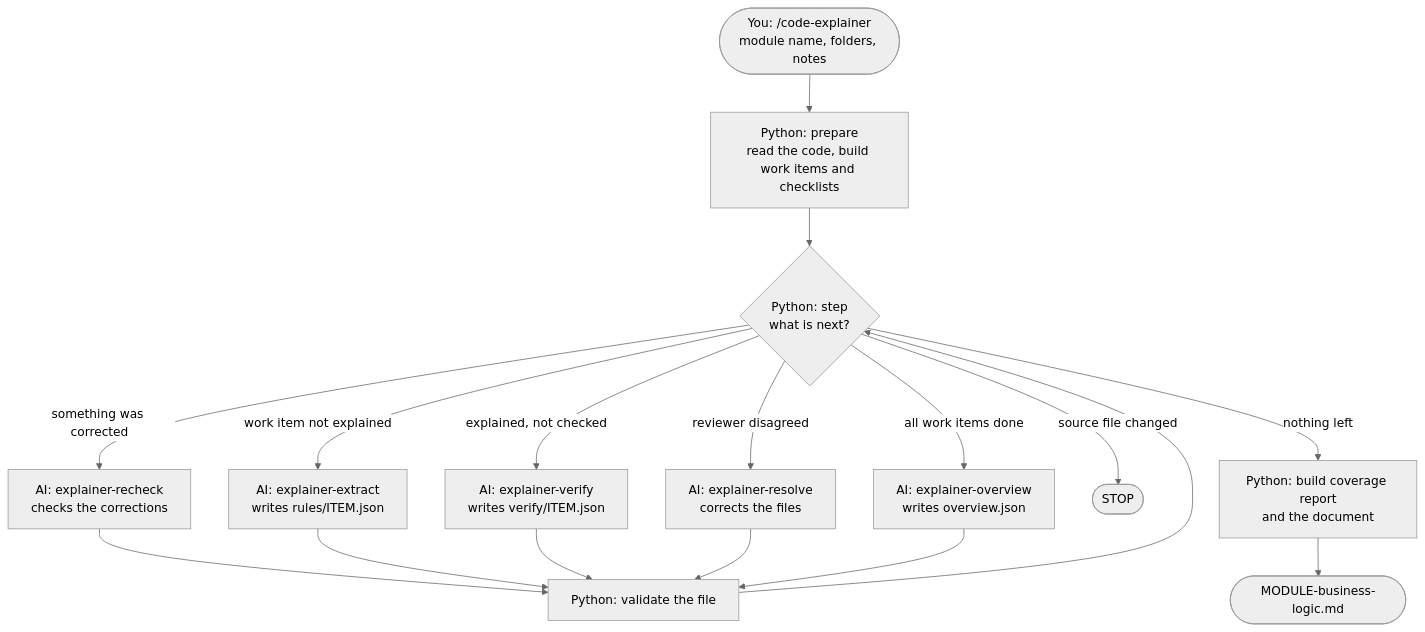
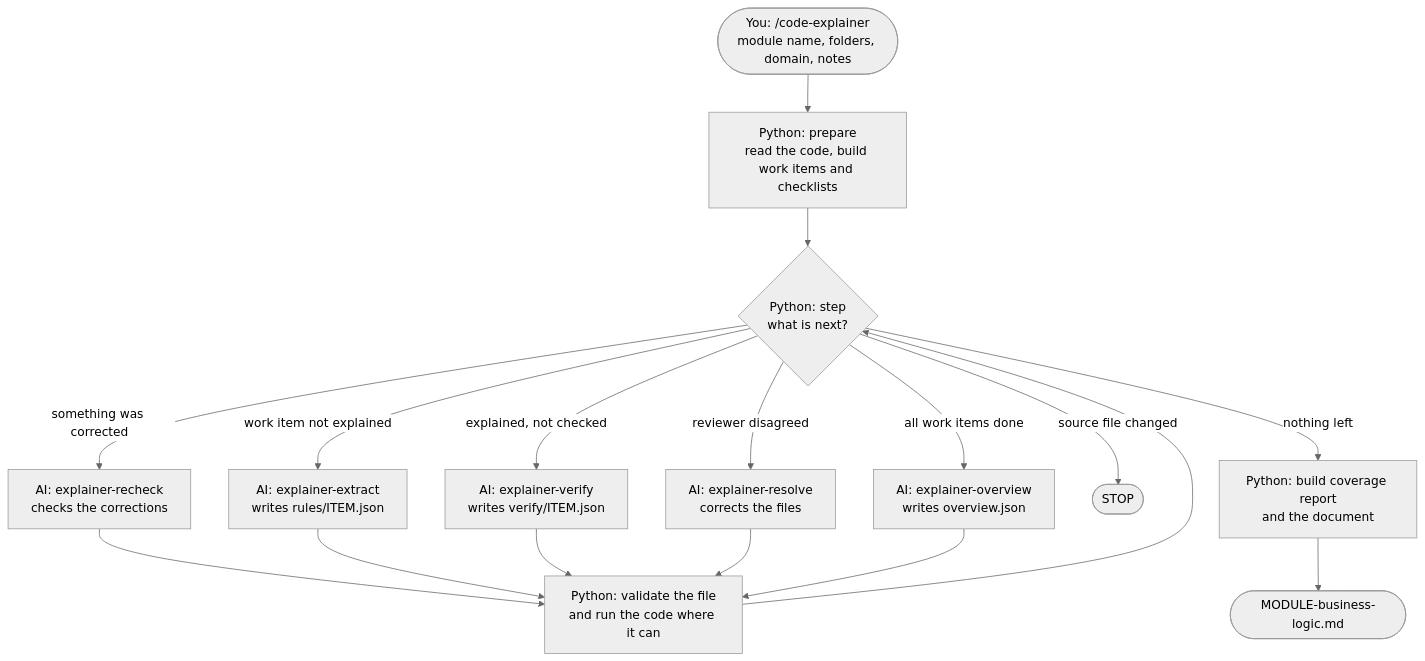
Before and after one commit to kampillichiru/code-explainer: the diagram in .github/HOW-IT-WORKS.md, drawn with Mermaid (neutral theme). The commit also changed other lines of this file and 35 other files, not shown here.

````diff
--- a/.github/HOW-IT-WORKS.md
+++ b/.github/HOW-IT-WORKS.md
@@ -27,19 +230,19 @@
 ```mermaid
 flowchart TD
-    A(["You: /code-explainer<br/>module name, folders, notes"]) --> B["Python: prepare<br/>read the code, build work items and checklists"]
+    A(["You: /code-explainer<br/>module name, folders, domain, notes"]) --> B["Python: prepare<br/>read the code, build work items and checklists"]
     B --> C{"Python: step<br/>what is next?"}
     C -->|"work item not explained"| D["AI: explainer-extract<br/>writes rules/ITEM.json"]
     C -->|"explained, not checked"| E["AI: explainer-verify<br/>writes verify/ITEM.json"]
     C -->|"reviewer disagreed"| F["AI: explainer-resolve<br/>corrects the files"]
     C -->|"something was corrected"| R["AI: explainer-recheck<br/>checks the corrections"]
     R --> V
     C -->|"all work items done"| G["AI: explainer-overview<br/>writes overview.json"]
-    D --> V["Python: validate the file"]
+    D --> V["Python: validate the file<br/>and run the code where it can"]
     E --> V
     F --> V
     G --> V
     V --> C
     C -->|"source file changed"| S(["STOP"])
     C -->|"nothing left"| H["Python: build coverage report<br/>and the document"]
     H --> I(["MODULE-business-logic.md"])
 ```
````
